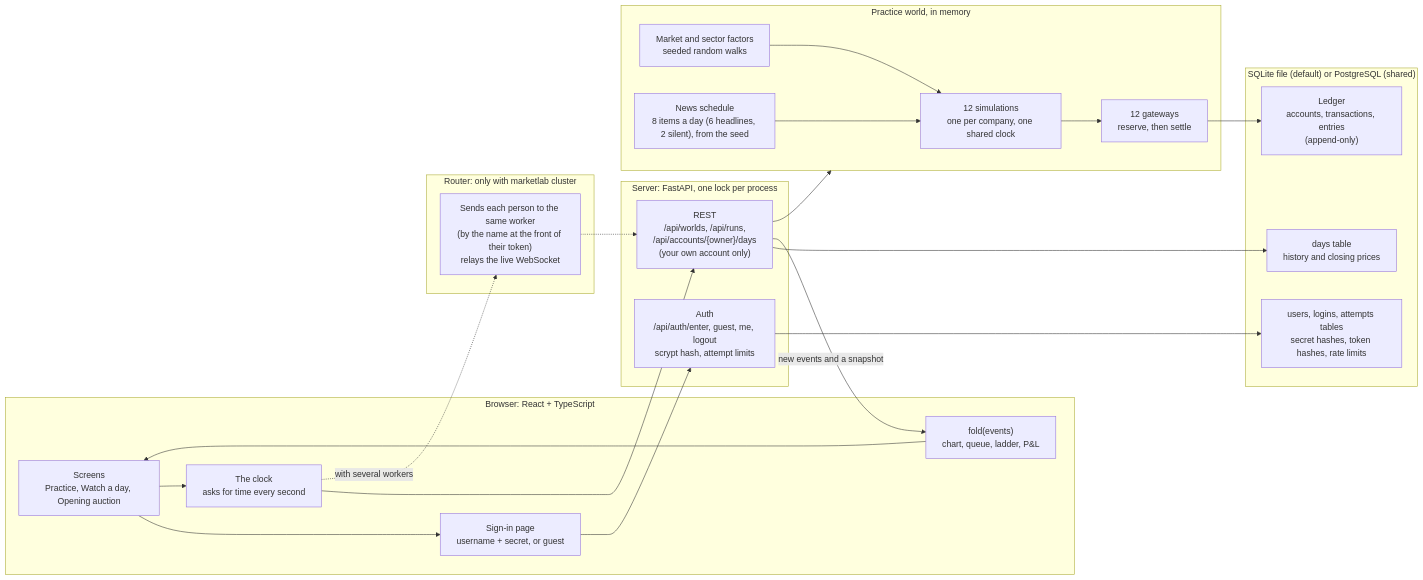
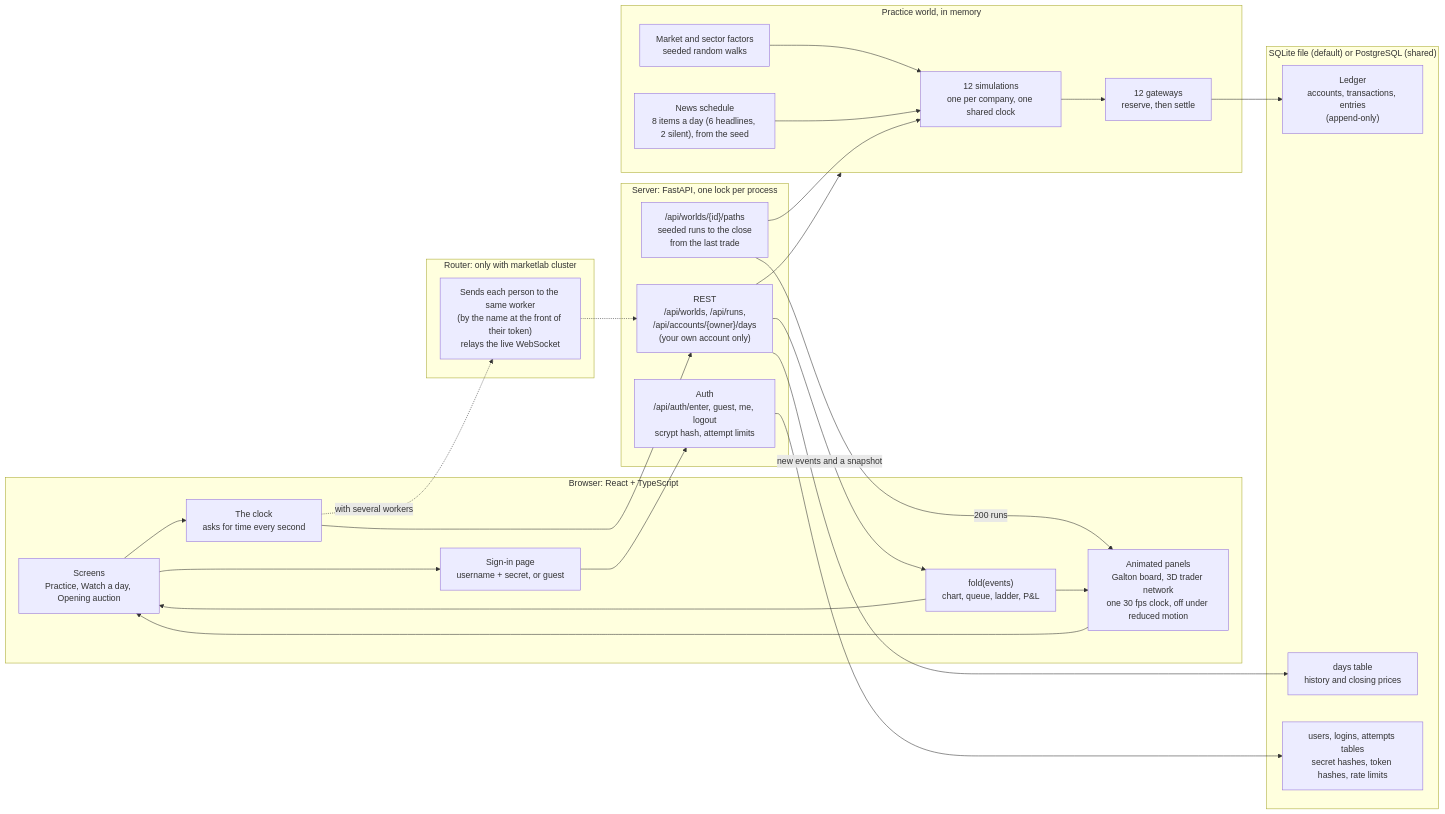
The first of 2 diagrams in README.md (shivemn/market-lab), drawn with Mermaid before and after one commit. The commit also changed other lines of this file and 1 other file, not shown here.

Commit message:
Describe the price paths and the motion rules in the README and architecture notes

````diff
--- a/README.md
+++ b/README.md
@@ -144,36 +144,41 @@
 ```mermaid
 flowchart LR
     subgraph browser["Browser: React + TypeScript"]
         ui["Screens<br/>Practice, Watch a day, Opening auction"]
         gate["Sign-in page<br/>username + secret, or guest"]
         clock["The clock<br/>asks for time every second"]
         fold["fold(events)<br/>chart, queue, ladder, P&L"]
+        motion["Animated panels<br/>Galton board, 3D trader network<br/>one 30 fps clock, off under reduced motion"]
     end
     subgraph router["Router: only with marketlab cluster"]
         route["Sends each person to the same worker<br/>(by the name at the front of their token)<br/>relays the live WebSocket"]
     end
     subgraph server["Server: FastAPI, one lock per process"]
         authn["Auth<br/>/api/auth/enter, guest, me, logout<br/>scrypt hash, attempt limits"]
         api["REST<br/>/api/worlds, /api/runs,<br/>/api/accounts/{owner}/days<br/>(your own account only)"]
+        paths["/api/worlds/{id}/paths<br/>seeded runs to the close<br/>from the last trade"]
     end
     subgraph world["Practice world, in memory"]
         sims["12 simulations<br/>one per company, one shared clock"]
         factors["Market and sector factors<br/>seeded random walks"]
         news["News schedule<br/>8 items a day (6 headlines, 2 silent), from the seed"]
         gws["12 gateways<br/>reserve, then settle"]
     end
     subgraph disk["SQLite file (default) or PostgreSQL (shared)"]
         books["Ledger<br/>accounts, transactions, entries<br/>(append-only)"]
         days["days table<br/>history and closing prices"]
         users["users, logins, attempts tables<br/>secret hashes, token hashes, rate limits"]
     end
     ui --> gate --> authn --> users
     ui --> clock --> api
     clock -. "with several workers" .-> route -.-> api
     api --> world
     factors --> sims
     news --> sims
     sims --> gws --> books
     api --> days
     api -- "new events and a snapshot" --> fold --> ui
+    paths --> sims
+    paths -- "200 runs" --> motion --> ui
+    fold --> motion
 ```
````
